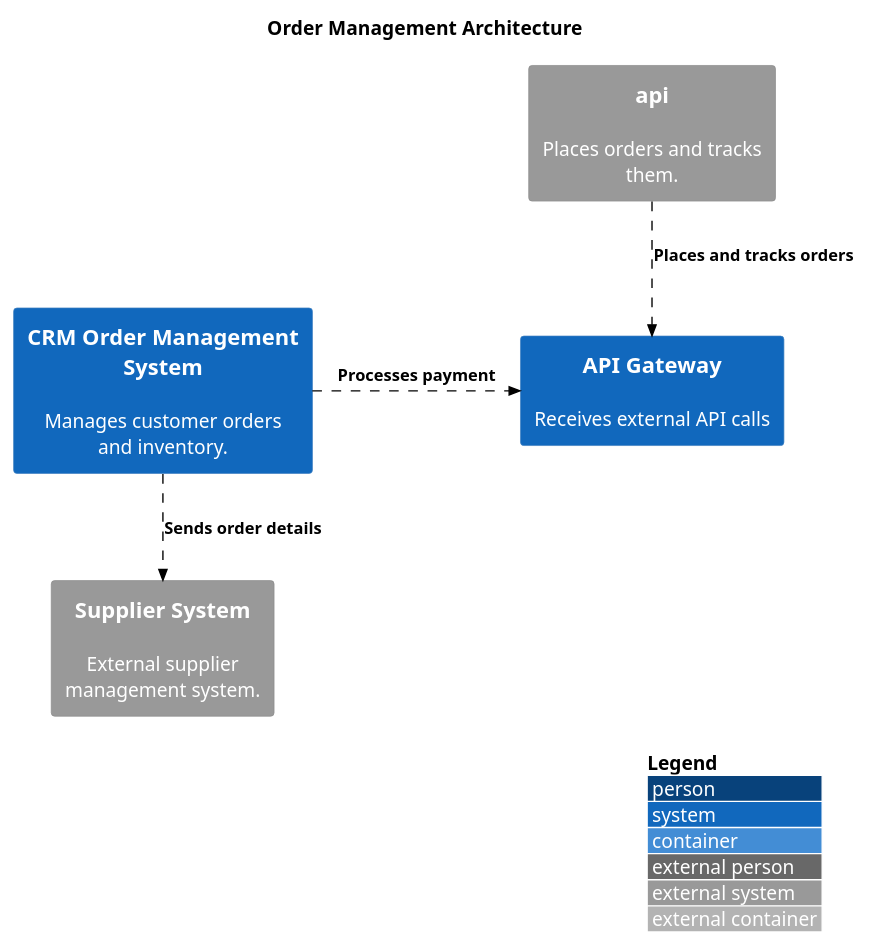
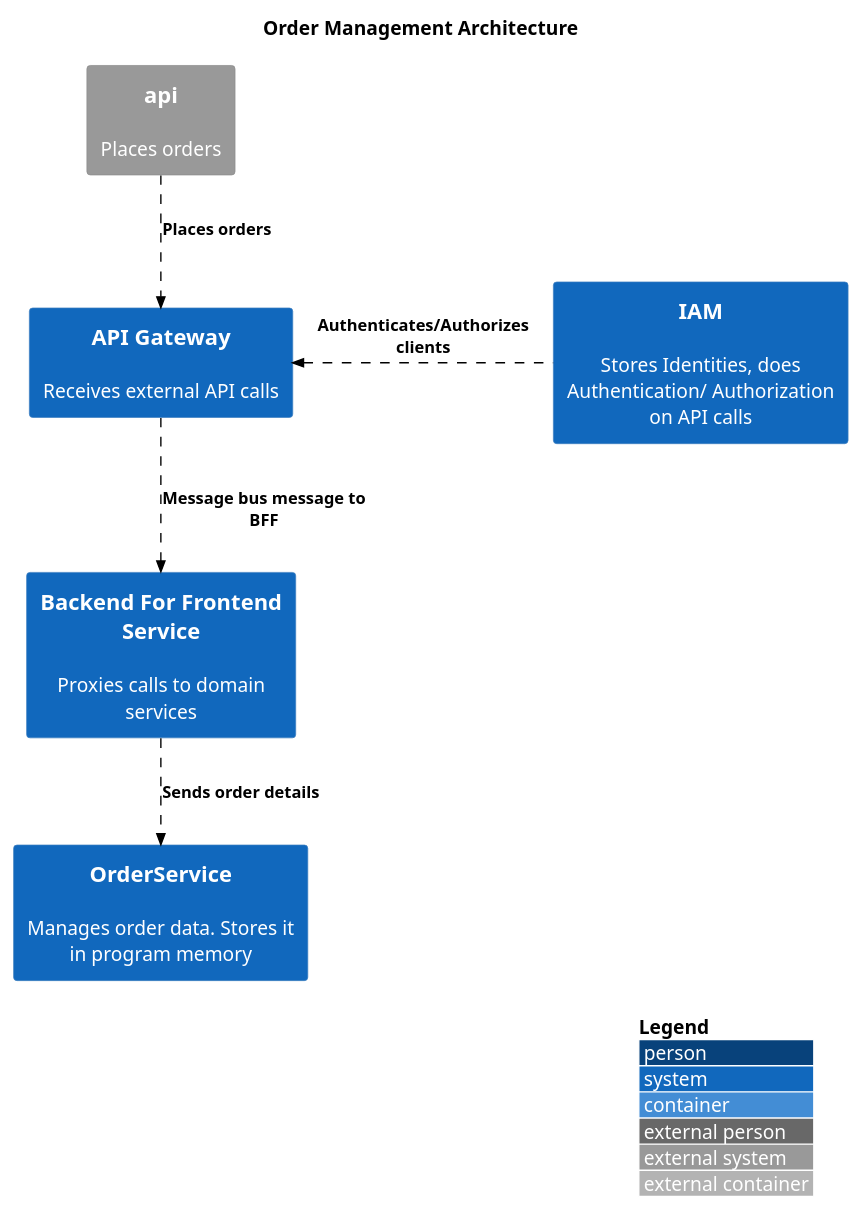
The diagram in architecture.pu (arifkursadkavas/order-mgmt), drawn with PlantUML before and after one commit. The commit also changed 7 other files, not shown here.

Commit message:
more tests, architecture uml

```diff
--- a/architecture.pu
+++ b/architecture.pu
@@ -1,19 +1,21 @@
 @startuml
 !include https://raw.githubusercontent.com/kirchsth/C4-PlantUML/extended/C4_Container.puml
 
 AddRelTag("sync", $textColor="black", $lineColor="black", $lineStyle = DashedLine())
 
 LAYOUT_WITH_LEGEND()
 
 title Order Management Architecture
 
-System_Ext(api, "api", "Places orders and tracks them.")
+System_Ext(api, "api", "Places orders")
 System(apiGateway, "API Gateway", "Receives external API calls")
-System_Ext(supplierSystem, "Supplier System", "External supplier management system.")
-System(CRMSystem, "CRM Order Management System", "Manages customer orders and inventory.")
+System(iam, "IAM", "Stores Identities, does Authentication/ Authorization on API calls")
+System(bff, "Backend For Frontend Service", "Proxies calls to domain services")
+System(orderSvc, "OrderService", "Manages order data. Stores it in program memory")
 
-Rel_D(api, apiGateway, "Places and tracks orders", $tags="sync")
-Rel_R(CRMSystem, apiGateway, "Processes payment", $tags="sync")
-Rel_D(CRMSystem, supplierSystem, "Sends order details", $tags="sync")
+Rel_D(api, apiGateway, "Places orders", $tags="sync")
+Rel_L(iam, apiGateway, "Authenticates/Authorizes clients", $tags="sync")
+Rel_D(apiGateway,bff, "Message bus message to BFF", $tags="sync")
+Rel_D(bff,orderSvc, "Sends order details", $tags="sync")
 
 @enduml
```
